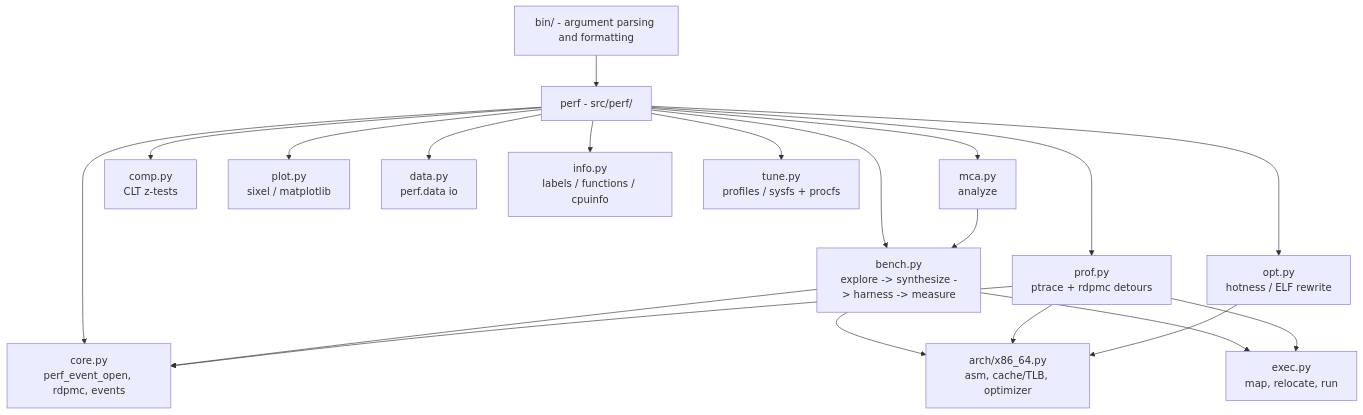
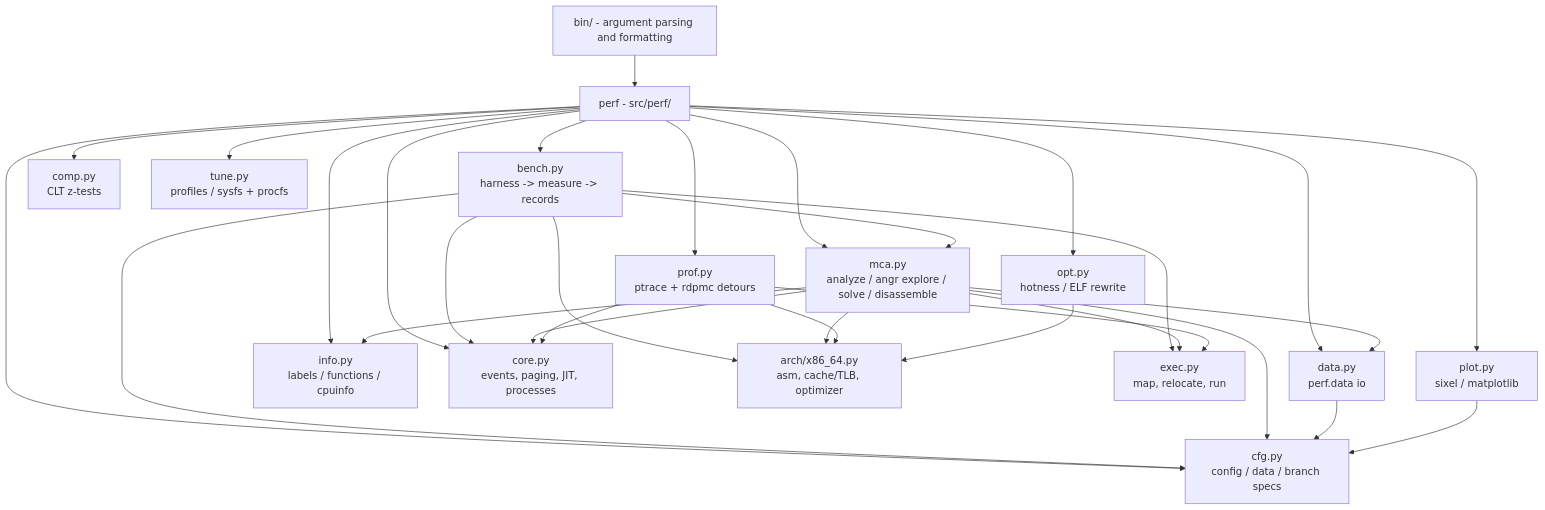
The diagram in src/README.md (perf-labs/perf), drawn with Mermaid before and after one commit. The commit also changed other lines of this file and 59 other files, not shown here.

````diff
--- a/src/README.md
+++ b/src/README.md
@@ -7,22 +7,32 @@
 ```mermaid
 flowchart TD
     cli["bin/ - argument parsing and formatting"] --> api["perf - src/perf/"]
-    api --> bench["bench.py<br/>explore -> synthesize -> harness -> measure"]
-    api --> mca["mca.py<br/>analyze"]
+    api --> bench["bench.py<br/>harness -> measure -> records"]
+    api --> cfg["cfg.py<br/>config / data / branch specs"]
+    api --> mca["mca.py<br/>analyze / angr explore / solve / disassemble"]
     api --> opt["opt.py<br/>hotness / ELF rewrite"]
     api --> prof["prof.py<br/>ptrace + rdpmc detours"]
     api --> comp["comp.py<br/>CLT z-tests"]
     api --> plot["plot.py<br/>sixel / matplotlib"]
     api --> data["data.py<br/>perf.data io"]
     api --> info["info.py<br/>labels / functions / cpuinfo"]
     api --> tune["tune.py<br/>profiles / sysfs + procfs"]
-    api --> core["core.py<br/>perf_event_open, rdpmc, events"]
+    api --> core["core.py<br/>events, paging, JIT, processes"]
+    bench --> mca
+    bench --> cfg
     bench --> core
     bench --> arch["arch/x86_64.py<br/>asm, cache/TLB, optimizer"]
     bench --> elf["exec.py<br/>map, relocate, run"]
+    mca --> cfg
+    mca --> core
+    mca --> arch
+    mca --> elf
+    mca --> data
+    mca --> info
+    data --> cfg
+    plot --> cfg
     prof --> core
     prof --> arch
     prof --> elf
     opt --> arch
-    mca --> bench
 ```
````
